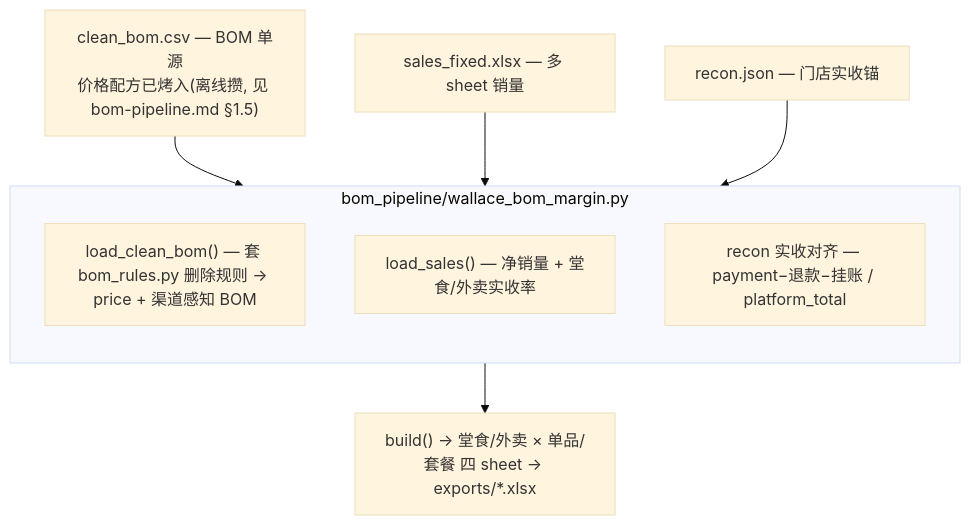
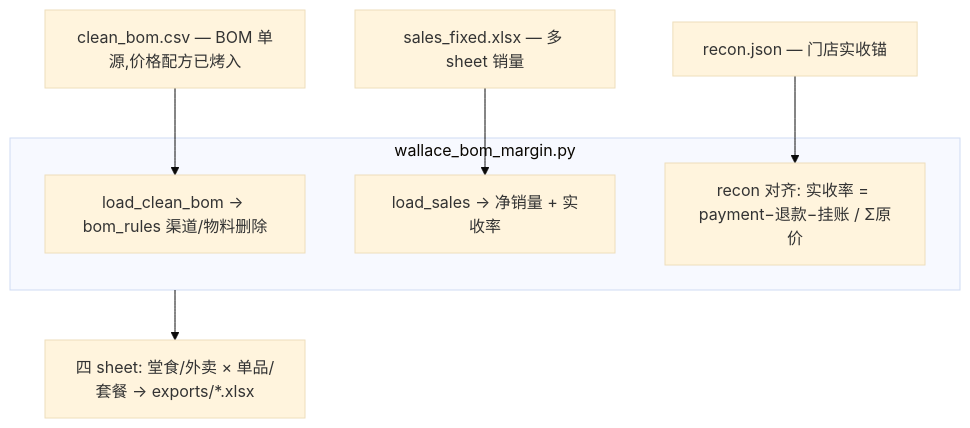
Before and after one commit to ZonEaseTech/analysis: the second of 2 diagrams in docs/pipelines-overview.md, drawn with Mermaid (base theme). The commit also changed other lines of this file, not shown here.

````diff
--- a/docs/pipelines-overview.md
+++ b/docs/pipelines-overview.md
@@ -85,20 +183,13 @@
 ```mermaid
 flowchart TB
-    CB["clean_bom.csv — BOM 单源<br/>价格配方已烤入(离线攒, 见 bom-pipeline.md §1.5)"]
+    CB["clean_bom.csv — BOM 单源,价格配方已烤入"]
     SALES["sales_fixed.xlsx — 多 sheet 销量"]
     RECON["recon.json — 门店实收锚"]
-
-    subgraph WBM["bom_pipeline/wallace_bom_margin.py"]
-        direction TB
-        L1["load_clean_bom() — 套 bom_rules.py 删除规则 → price + 渠道感知 BOM"]
-        L2["load_sales() — 净销量 + 堂食/外卖实收率"]
-        L3["recon 实收对齐 — payment−退款−挂账 / platform_total"]
+    subgraph WBM["wallace_bom_margin.py"]
+        L1["load_clean_bom → bom_rules 渠道/物料删除"]
+        L2["load_sales → 净销量 + 实收率"]
+        L3["recon 对齐: 实收率 = payment−退款−挂账 / Σ原价"]
     end
-
-    OUT["build() → 堂食/外卖 × 单品/套餐 四 sheet → exports/*.xlsx"]
-
-    CB --> L1
-    SALES --> L2
-    RECON --> L3
-    WBM --> OUT
+    OUT["四 sheet: 堂食/外卖 × 单品/套餐 → exports/*.xlsx"]
+    CB-->L1; SALES-->L2; RECON-->L3; WBM-->OUT
 ```
````
